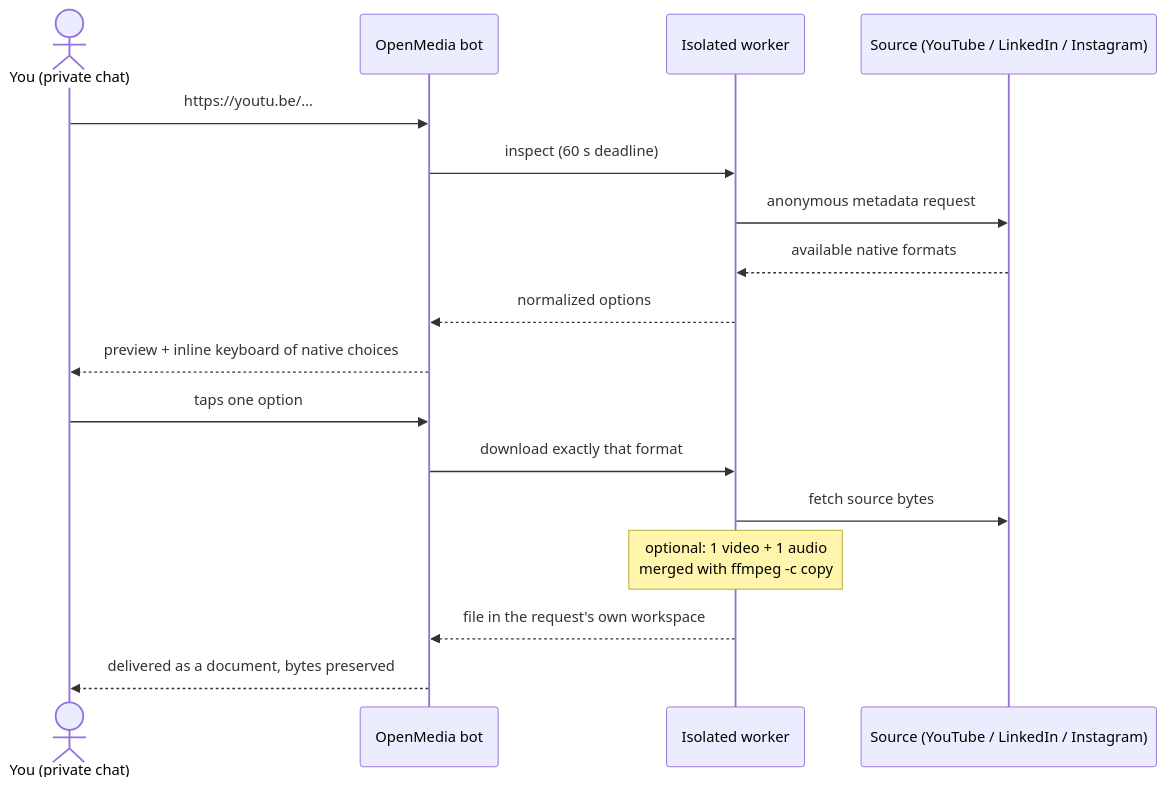
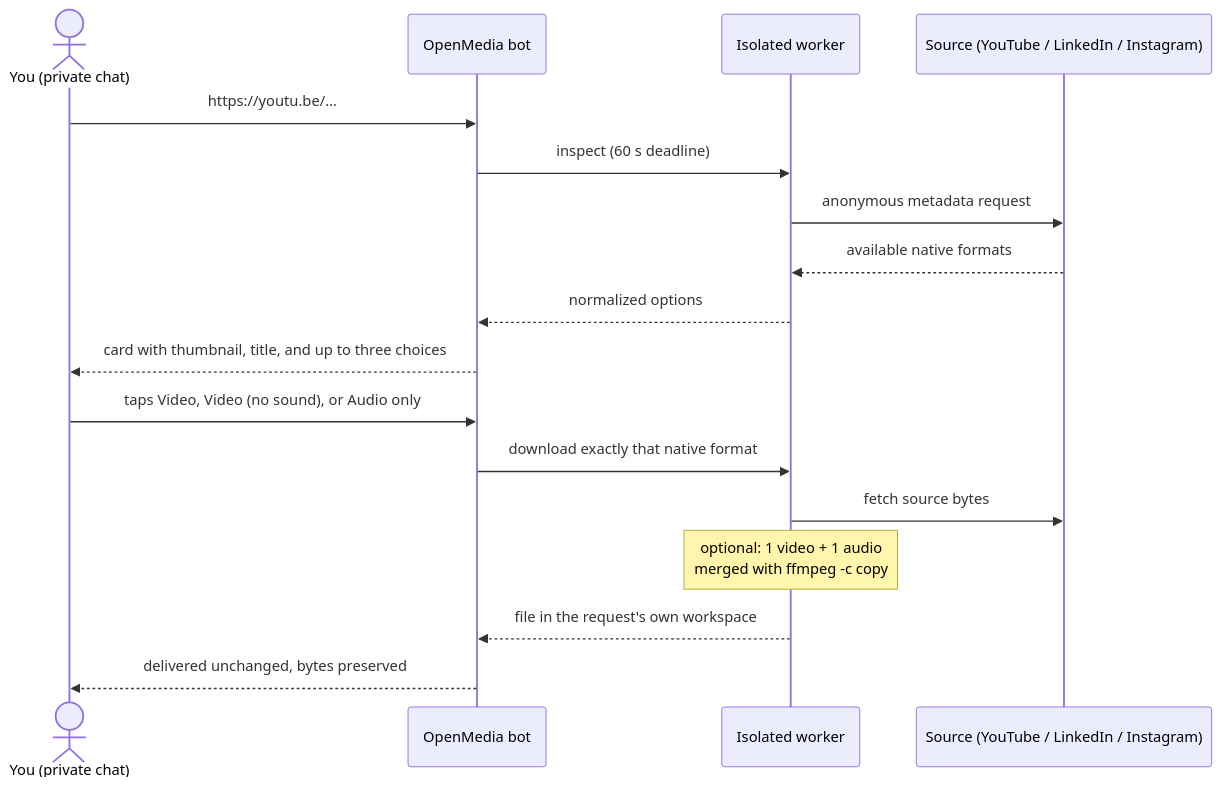
One commit to hman-pro/openmedia changed the first of 2 diagrams in README.md. Above: the diagram before and after it, drawn with Mermaid. The commit also changed other lines of this file, not shown here.

````diff
--- a/README.md
+++ b/README.md
@@ -44,20 +45,20 @@
 ```mermaid
 sequenceDiagram
     actor U as You (private chat)
     participant B as OpenMedia bot
     participant W as Isolated worker
     participant S as Source (YouTube / LinkedIn / Instagram)
 
     U->>B: https://youtu.be/…
     B->>W: inspect (60 s deadline)
     W->>S: anonymous metadata request
     S-->>W: available native formats
     W-->>B: normalized options
-    B-->>U: preview + inline keyboard of native choices
-    U->>B: taps one option
-    B->>W: download exactly that format
+    B-->>U: card with thumbnail, title, and up to three choices
+    U->>B: taps Video, Video (no sound), or Audio only
+    B->>W: download exactly that native format
     W->>S: fetch source bytes
     Note over W: optional: 1 video + 1 audio<br/>merged with ffmpeg -c copy
     W-->>B: file in the request's own workspace
-    B-->>U: delivered as a document, bytes preserved
+    B-->>U: delivered unchanged, bytes preserved
 ```
````
